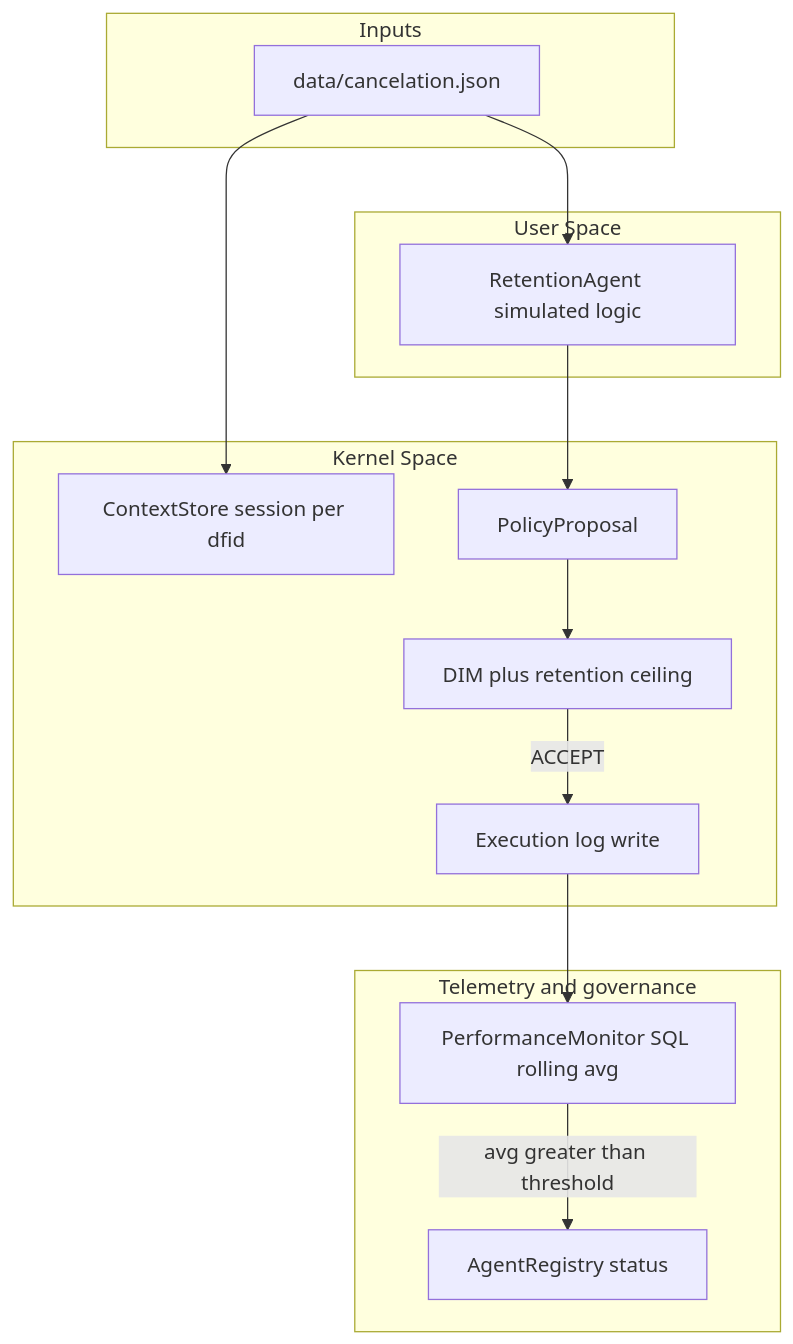
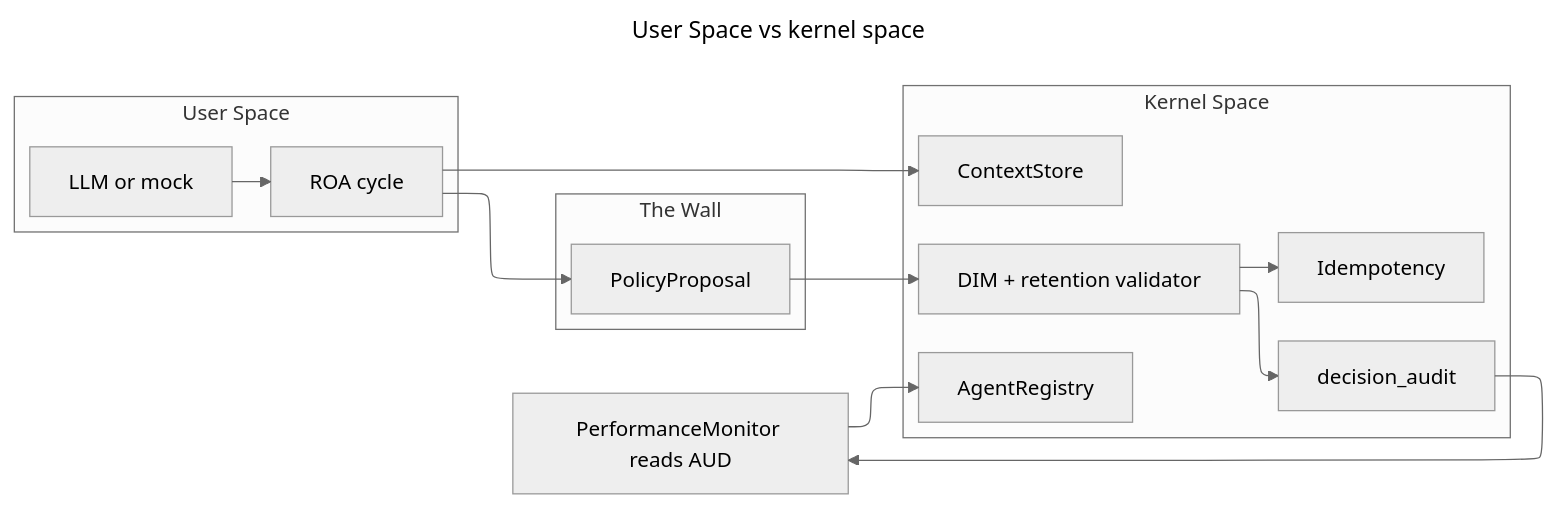
Before and after one commit to huka81/decision-intelligence-runtime: the second of 3 diagrams in samples/36_drift_optimization_discount/README.md, drawn with Mermaid. The commit also changed other lines of this file and 16 other files, not shown here.

````diff
--- a/samples/36_drift_optimization_discount/README.md
+++ b/samples/36_drift_optimization_discount/README.md
@@ -83,26 +37,31 @@
 ```mermaid
-flowchart TB
-    subgraph inputs [Inputs]
-        CX["data/cancelation.json"]
-    end
-    subgraph userSpace [User Space]
-        AG["RetentionAgent simulated logic"]
-    end
-    subgraph kernel [Kernel Space]
-        CS["ContextStore session per dfid"]
-        PP["PolicyProposal"]
-        DIM["DIM plus retention ceiling"]
-        EX["Execution log write"]
-    end
-    subgraph telemetry [Telemetry and governance]
-        MON["PerformanceMonitor SQL rolling avg"]
-        REG["AgentRegistry status"]
-    end
-    CX --> AG
-    CX --> CS
-    AG --> PP
-    PP --> DIM
-    DIM -->|"ACCEPT"| EX
-    EX --> MON
-    MON -->|"avg greater than threshold"| REG
+---
+title: User Space vs kernel space
+config:
+  layout: elk
+  theme: neutral
+  look: classic
+---
+flowchart LR
+  subgraph US [User Space]
+    LLM["LLM or mock"]
+    ROA["ROA cycle"]
+  end
+  subgraph W [The Wall]
+    PP["PolicyProposal"]
+  end
+  subgraph KS [Kernel Space]
+    DIM["DIM + retention validator"]
+    AUD["decision_audit"]
+    REG["AgentRegistry"]
+    CTX["ContextStore"]
+    IDEM["Idempotency"]
+  end
+  LLM --> ROA --> PP
+  PP --> DIM
+  DIM --> AUD
+  ROA --> CTX
+  DIM --> IDEM
+  MON2["PerformanceMonitor reads AUD"] --> REG
+  AUD --> MON2
 ```
````
